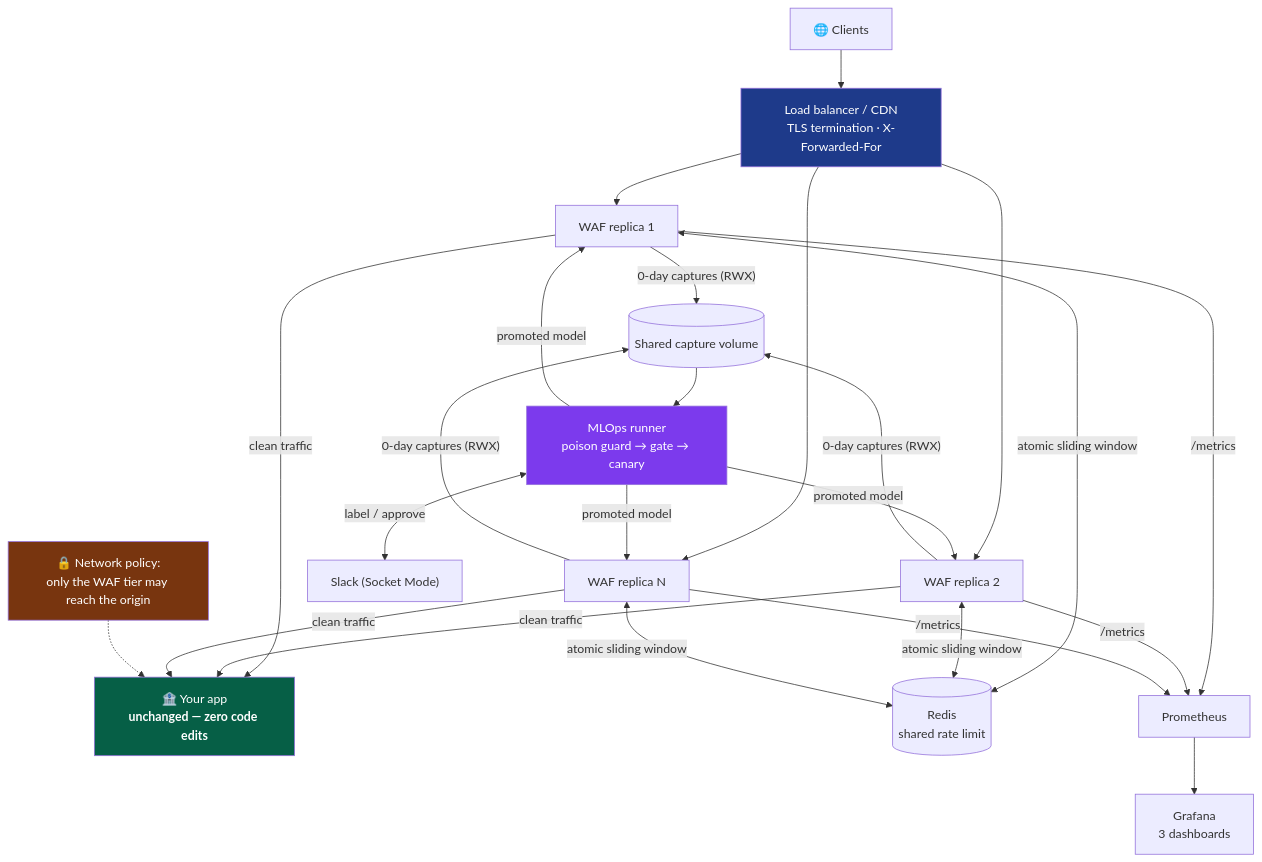
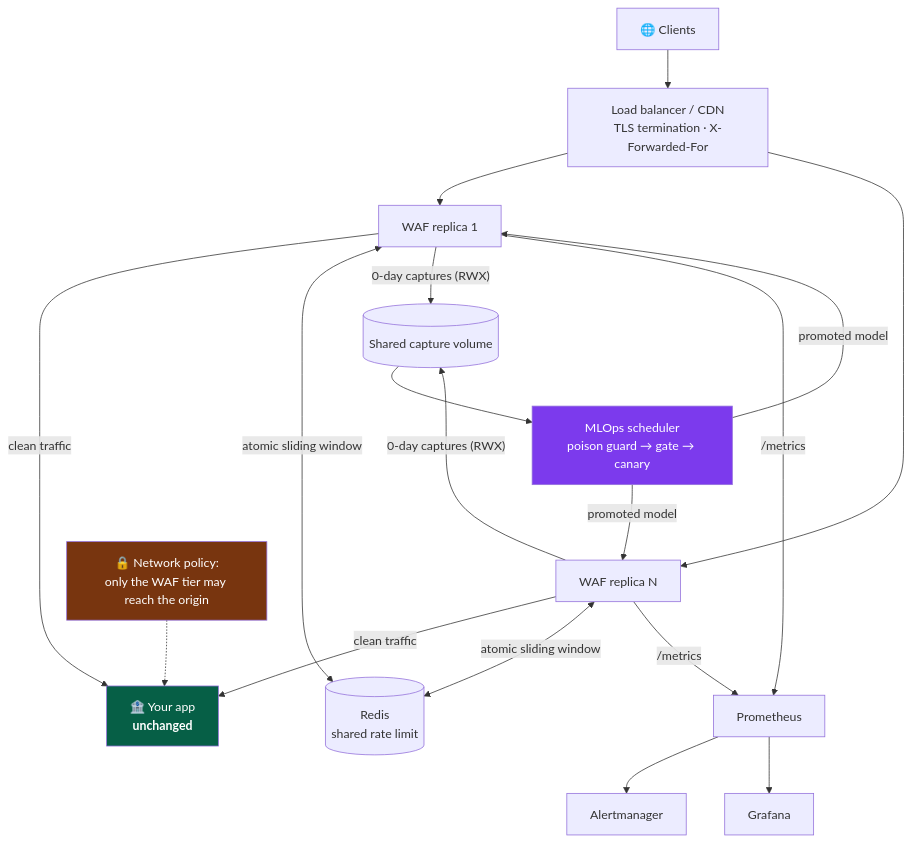
Before and after one commit to SaiBhujbal/Mirage: the second of 7 diagrams in README.md, drawn with Mermaid. The commit also changed other lines of this file and 8 other files, not shown here.

````diff
--- a/README.md
+++ b/README.md
@@ -177,17 +115,15 @@
 ```mermaid
 flowchart TB
     CL["🌐 Clients"] --> LB["Load balancer / CDN<br/>TLS termination · X-Forwarded-For"]
-    LB --> W1["WAF replica 1"] & W2["WAF replica 2"] & W3["WAF replica N"]
-    W1 & W2 & W3 -->|clean traffic| APP["🏦 Your app<br/><b>unchanged — zero code edits</b>"]
-    W1 & W2 & W3 <-->|"atomic sliding window"| RED[("Redis<br/>shared rate limit")]
-    W1 & W2 & W3 -->|"0-day captures (RWX)"| VOL[("Shared capture volume")]
-    W1 & W2 & W3 -->|"/metrics"| PROM["Prometheus"] --> GRAF["Grafana<br/>3 dashboards"]
-    VOL --> MLOPS["MLOps runner<br/>poison guard → gate → canary"]
-    MLOPS -->|"promoted model"| W1 & W2 & W3
-    MLOPS <-->|"label / approve"| SLACK["Slack (Socket Mode)"]
+    LB --> W1["WAF replica 1"] & W2["WAF replica N"]
+    W1 & W2 -->|clean traffic| APP["🏦 Your app<br/><b>unchanged</b>"]
+    W1 & W2 <-->|"atomic sliding window"| RED[("Redis<br/>shared rate limit")]
+    W1 & W2 -->|"0-day captures (RWX)"| VOL[("Shared capture volume")]
+    W1 & W2 -->|"/metrics"| PROM["Prometheus"] --> AM["Alertmanager"] & GRAF["Grafana"]
+    VOL --> MLOPS["MLOps scheduler<br/>poison guard → gate → canary"]
+    MLOPS -->|"promoted model"| W1 & W2
     NET["🔒 Network policy:<br/>only the WAF tier may reach the origin"] -.-> APP
     style APP fill:#065f46,color:#fff
+    style MLOPS fill:#7c3aed,color:#fff
     style NET fill:#78350f,color:#fff
-    style MLOPS fill:#7c3aed,color:#fff
-    style LB fill:#1e3a8a,color:#fff
 ```
````
